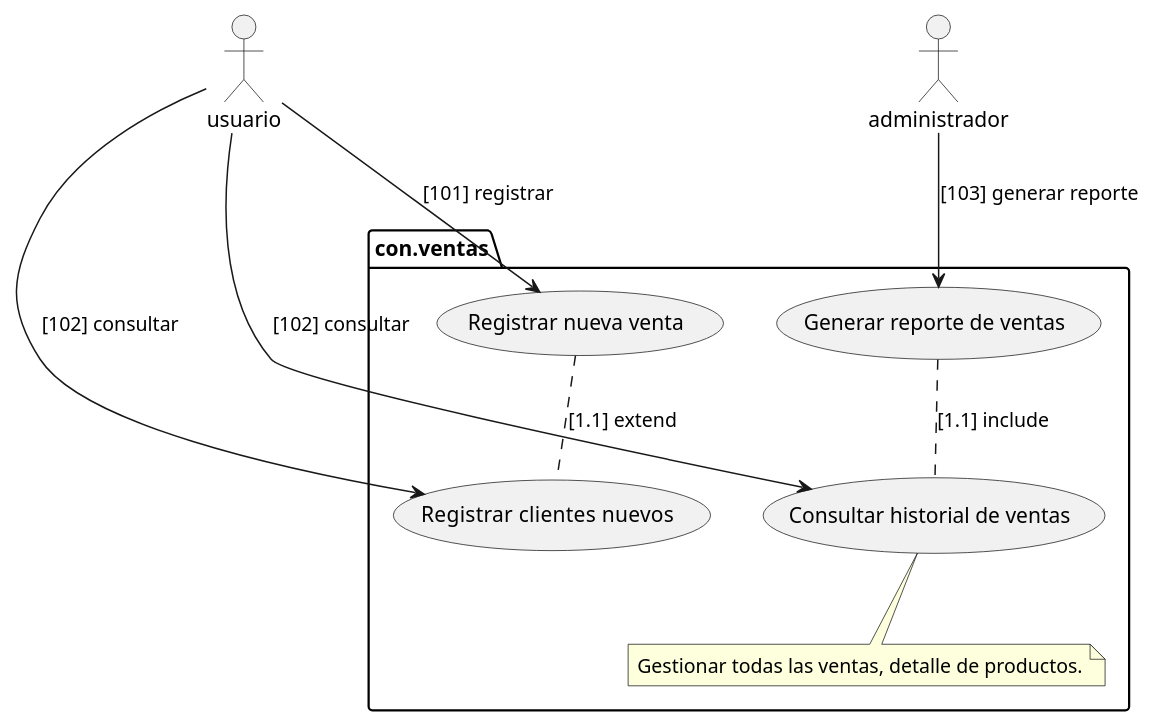
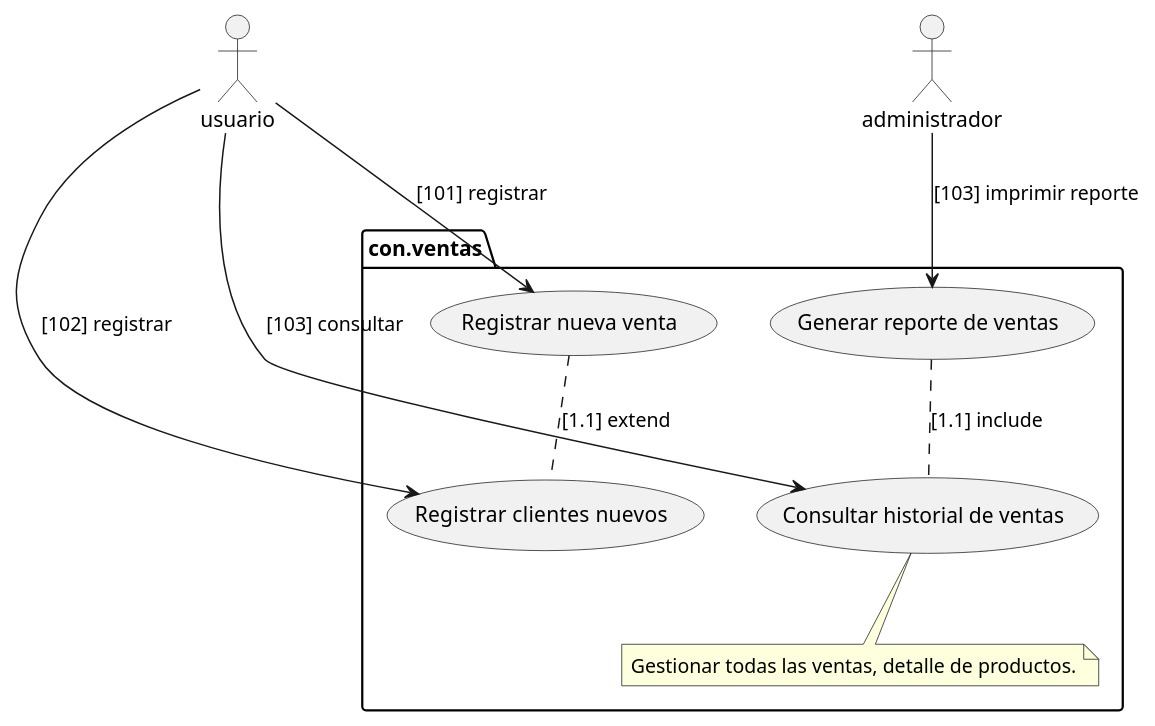
Before and after one commit to Digbers/camal-microservice: the diagram in UML/ventas/UC ventas.puml, drawn with PlantUML. The commit also changed 174 other files, not shown here.

```diff
--- a/UML/ventas/UC ventas.puml
+++ b/UML/ventas/UC ventas.puml
@@ -1,20 +1,20 @@
 @startuml
 actor "usuario" as cli
 actor "administrador" as adm
 package "con.ventas" {
 note "Gestionar todas las ventas, detalle de productos." as N1
 
     usecase "Registrar nueva venta" as rv
     usecase "Registrar clientes  nuevos" as clientes
     usecase "Consultar historial de ventas" as hventas
     usecase "Generar reporte de ventas" as reportV
 
     hventas ..N1
     rv .. clientes :[1.1] extend
     reportV .. hventas : [1.1] include
 }
-cli --> clientes : [102] consultar
+cli --> clientes : [102] registrar
 cli --> rv : [101] registrar
-cli --> hventas : [102] consultar
-adm --> reportV : [103] generar reporte
+cli --> hventas : [103] consultar
+adm --> reportV : [103] imprimir reporte
 @enduml
```
